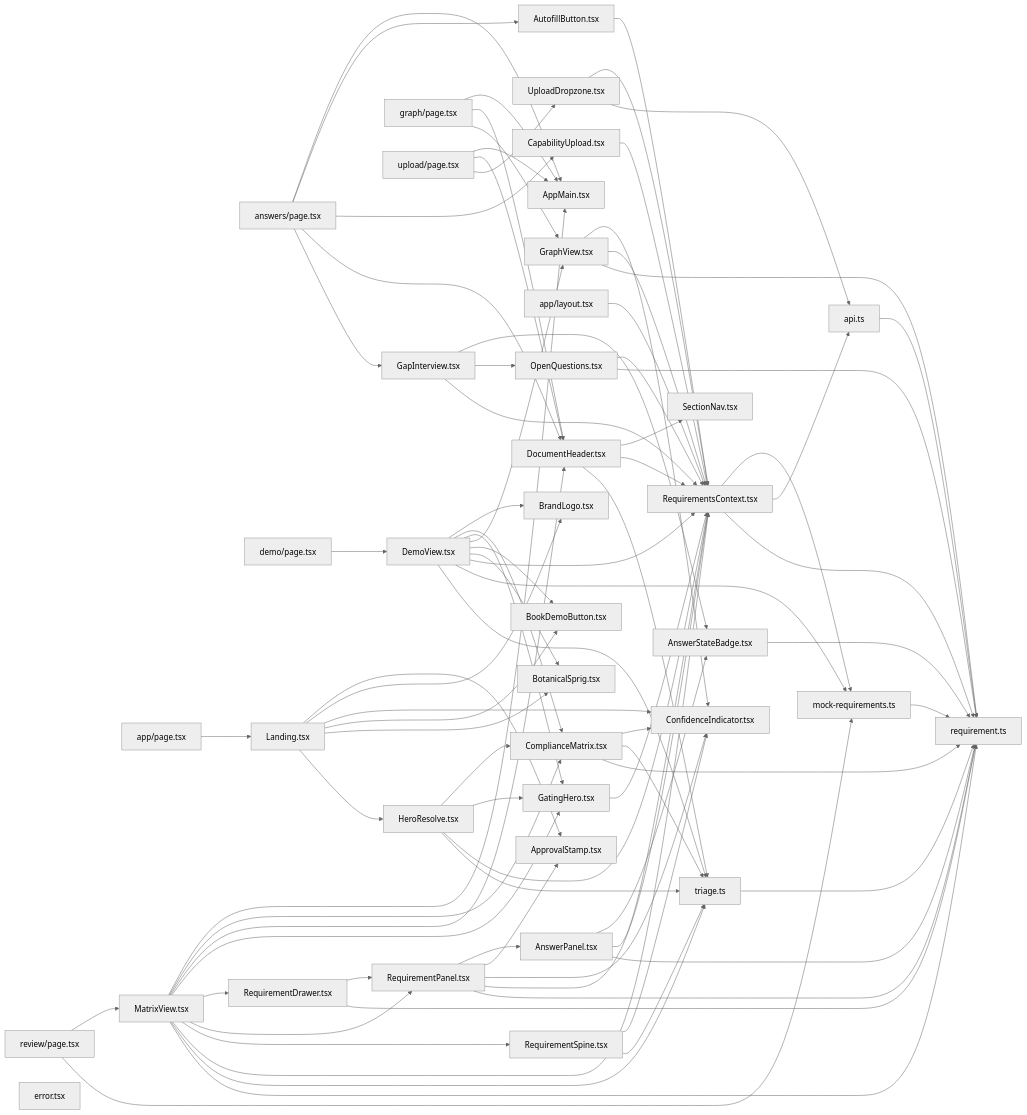
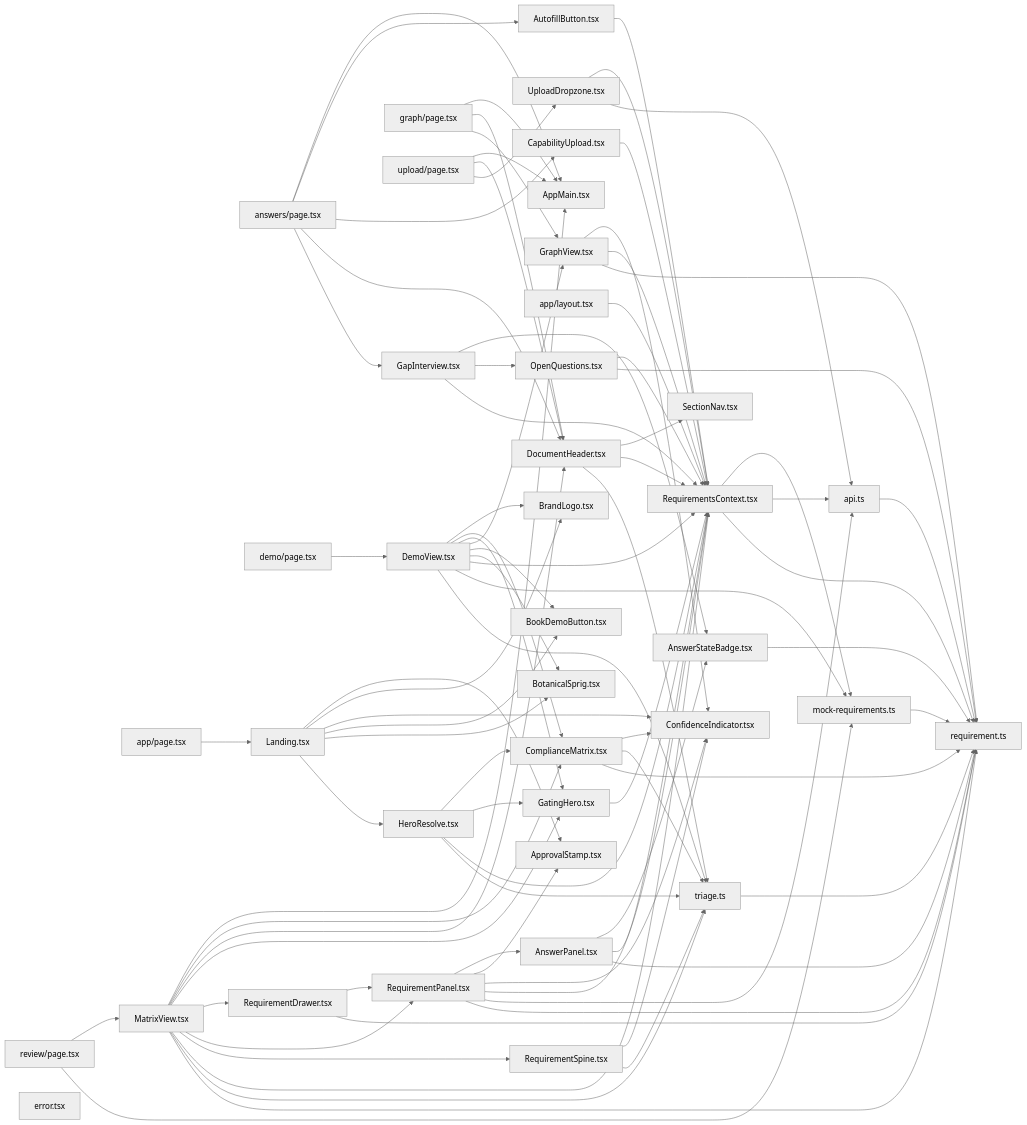
Before and after one commit to Welddevelopment/Tender_Breakdown_AI-Agent: the second of 3 diagrams in CODEMAP.md, drawn with Mermaid (neutral theme). The commit also changed other lines of this file and 1 other file, not shown here.

```diff
--- a/CODEMAP.md
+++ b/CODEMAP.md
@@ -104,6 +104,7 @@
   n32[RequirementPanel.tsx] --> n34[ApprovalStamp.tsx]
   n32[RequirementPanel.tsx] --> n23[ConfidenceIndicator.tsx]
   n32[RequirementPanel.tsx] --> n11[RequirementsContext.tsx]
+  n32[RequirementPanel.tsx] --> n35[api.ts]
   n32[RequirementPanel.tsx] --> n21[requirement.ts]
   n33[RequirementSpine.tsx] --> n23[ConfidenceIndicator.tsx]
   n33[RequirementSpine.tsx] --> n24[triage.ts]
```
